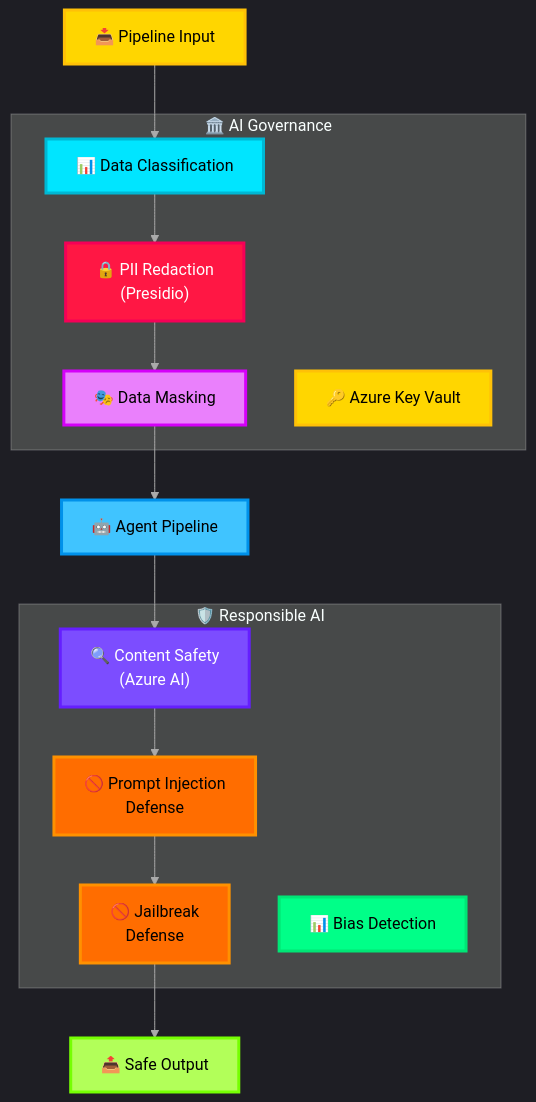
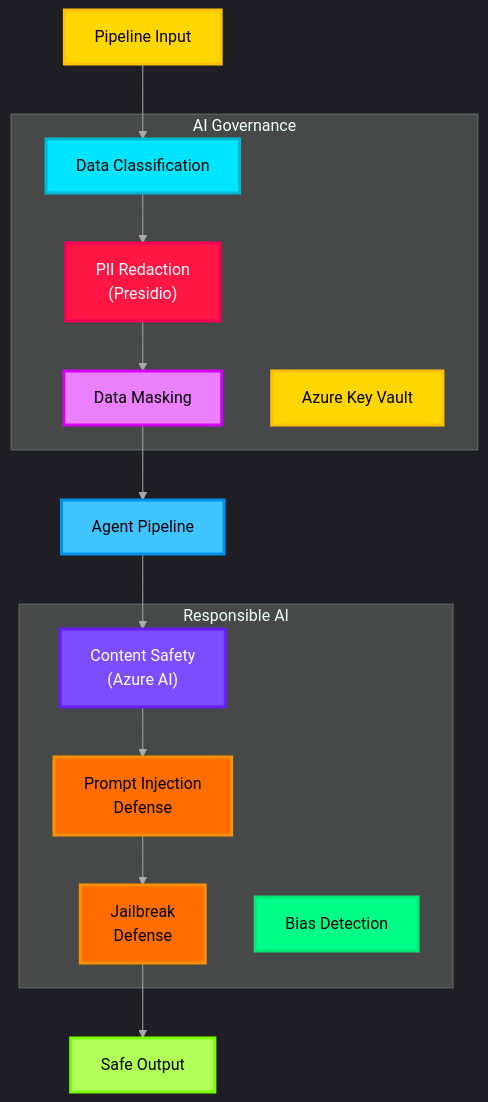
Before and after one commit to thanhauco/agentic-ai-icm-system: the diagram in docs/12-safety-governance.md, drawn with Mermaid. The commit also changed 1 other file, not shown here.

Commit message:
docs: Add initial documentation for all major system components of the agentic AI ICM system.

````diff
--- a/docs/12-safety-governance.md
+++ b/docs/12-safety-governance.md
@@ -9,37 +9,37 @@
 ```mermaid
 %%{init: {'theme': 'dark', 'themeVariables': {'lineColor': '#AAAAAA'}}}%%
 graph TD
-    subgraph Governance ["🏛️ AI Governance"]
-        DC["📊 Data Classification"]
-        PII["🔒 PII Redaction<br>(Presidio)"]
-        MASK["🎭 Data Masking"]
-        KV["🔑 Azure Key Vault"]
-    end
-    subgraph ResponsibleAI ["🛡️ Responsible AI"]
-        PI["🚫 Prompt Injection<br>Defense"]
-        JB["🚫 Jailbreak<br>Defense"]
-        CS["🔍 Content Safety<br>(Azure AI)"]
-        BIAS["📊 Bias Detection"]
-    end
+ subgraph Governance ["AI Governance"]
+ DC["Data Classification"]
+ PII["PII Redaction<br>(Presidio)"]
+ MASK["Data Masking"]
+ KV["Azure Key Vault"]
+ end
+ subgraph ResponsibleAI ["Responsible AI"]
+ PI["Prompt Injection<br>Defense"]
+ JB["Jailbreak<br>Defense"]
+ CS["Content Safety<br>(Azure AI)"]
+ BIAS["Bias Detection"]
+ end
 
-    RawInput["📥 Pipeline Input"] --> DC
-    DC --> PII
-    PII --> MASK
-    MASK --> Pipeline["🤖 Agent Pipeline"]
-    Pipeline --> CS
-    CS --> PI
-    PI --> JB
-    JB --> Output["📤 Safe Output"]
+ RawInput["Pipeline Input"] --> DC
+ DC --> PII
+ PII --> MASK
+ MASK --> Pipeline["Agent Pipeline"]
+ Pipeline --> CS
+ CS --> PI
+ PI --> JB
+ JB --> Output["Safe Output"]
 
-    style RawInput fill:#FFD600,stroke:#FFC107,stroke-width:3px,color:#000
-    style DC fill:#00E5FF,stroke:#00B8D4,stroke-width:3px,color:#000
-    style PII fill:#FF1744,stroke:#F50057,stroke-width:3px,color:#fff
-    style MASK fill:#EA80FC,stroke:#D500F9,stroke-width:3px,color:#000
-    style KV fill:#FFD600,stroke:#FFC107,stroke-width:3px,color:#000
-    style PI fill:#FF6D00,stroke:#FF9100,stroke-width:3px,color:#000
-    style JB fill:#FF6D00,stroke:#FF9100,stroke-width:3px,color:#000
-    style CS fill:#7C4DFF,stroke:#651FFF,stroke-width:3px,color:#fff
-    style BIAS fill:#00FF88,stroke:#00E676,stroke-width:3px,color:#000
-    style Pipeline fill:#40C4FF,stroke:#0091EA,stroke-width:3px,color:#000
-    style Output fill:#B2FF59,stroke:#76FF03,stroke-width:3px,color:#000
+ style RawInput fill:#FFD600,stroke:#FFC107,stroke-width:3px,color:#000
+ style DC fill:#00E5FF,stroke:#00B8D4,stroke-width:3px,color:#000
+ style PII fill:#FF1744,stroke:#F50057,stroke-width:3px,color:#fff
+ style MASK fill:#EA80FC,stroke:#D500F9,stroke-width:3px,color:#000
+ style KV fill:#FFD600,stroke:#FFC107,stroke-width:3px,color:#000
+ style PI fill:#FF6D00,stroke:#FF9100,stroke-width:3px,color:#000
+ style JB fill:#FF6D00,stroke:#FF9100,stroke-width:3px,color:#000
+ style CS fill:#7C4DFF,stroke:#651FFF,stroke-width:3px,color:#fff
+ style BIAS fill:#00FF88,stroke:#00E676,stroke-width:3px,color:#000
+ style Pipeline fill:#40C4FF,stroke:#0091EA,stroke-width:3px,color:#000
+ style Output fill:#B2FF59,stroke:#76FF03,stroke-width:3px,color:#000
 ```
````
